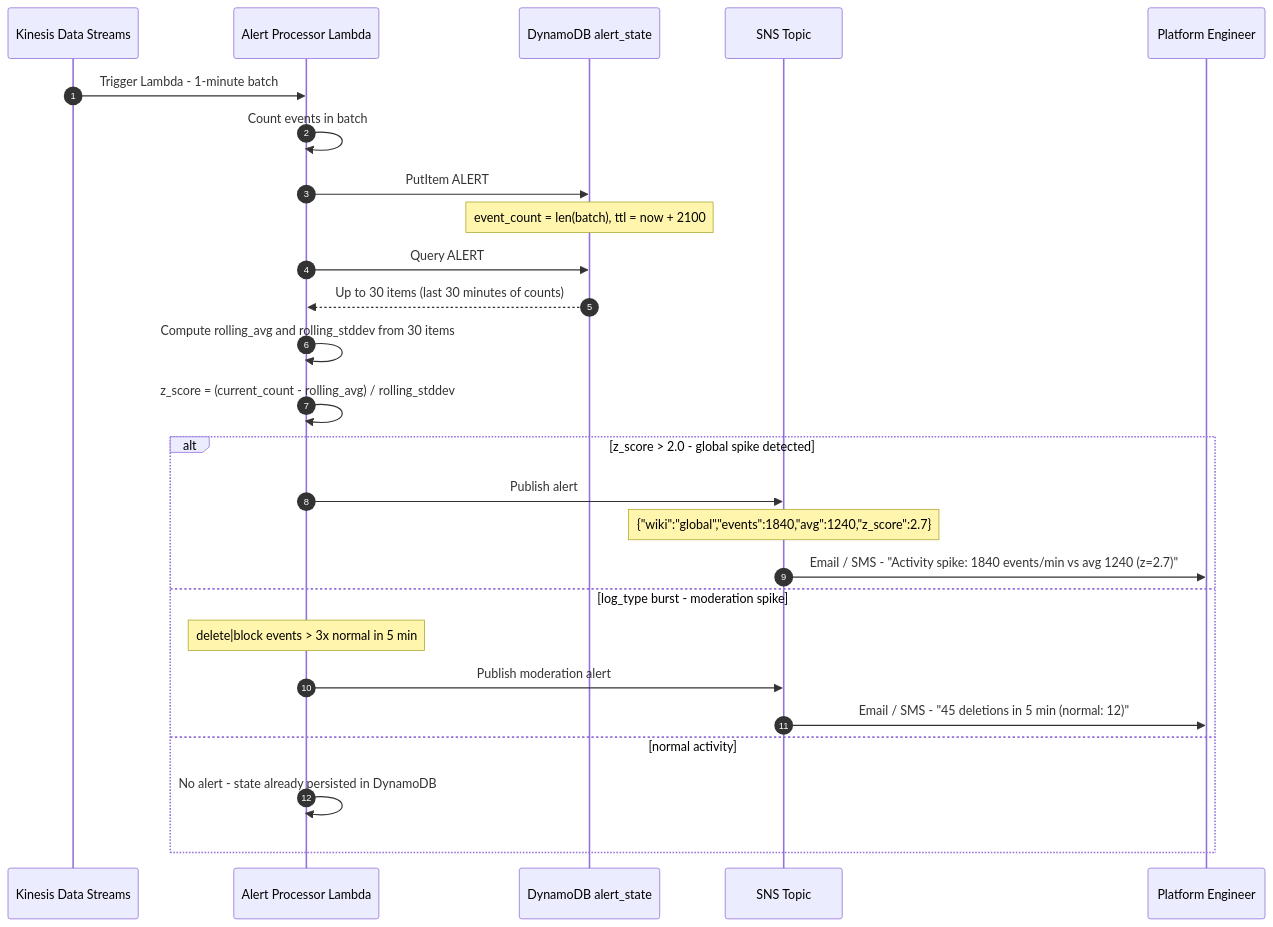
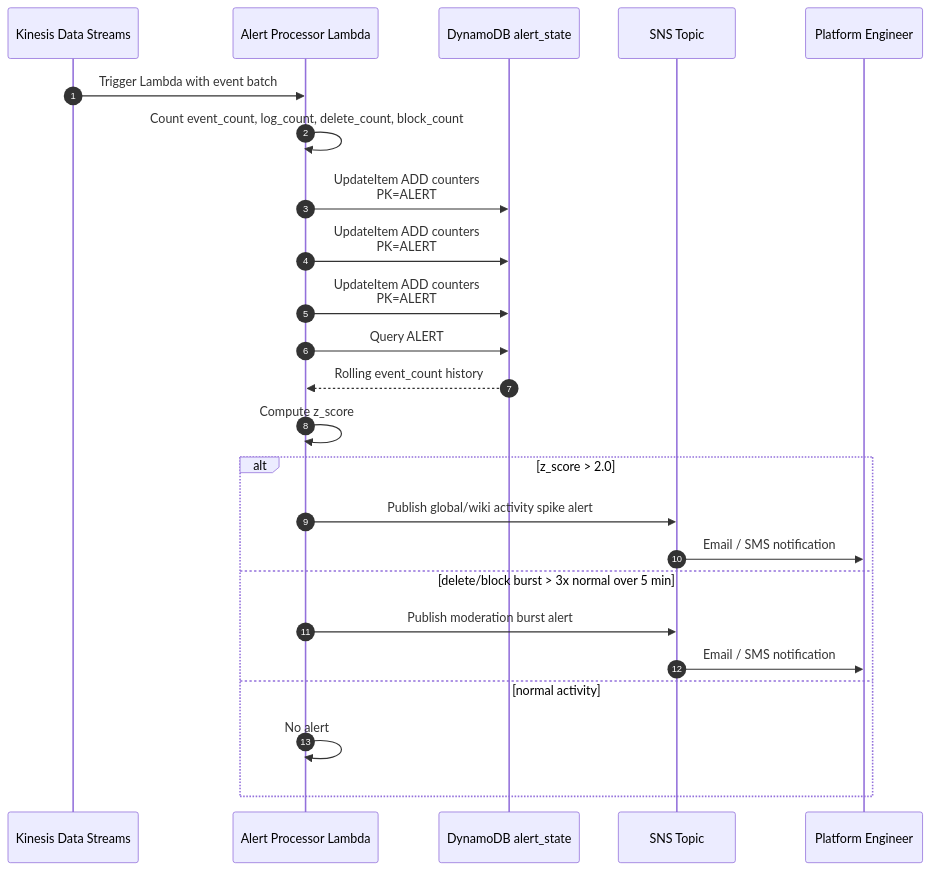
One commit to TalelKarim/realtime-media-analytics-platform changed the fourth of 6 diagrams in documentation/sequence-diagrams.md. Above: the diagram before and after it, drawn with Mermaid. The commit also changed other lines of this file and 6 other files, not shown here.

Commit message:
docs: align streaming contracts and data lake architecture

````diff
--- a/documentation/sequence-diagrams.md
+++ b/documentation/sequence-diagrams.md
@@ -158,33 +154,30 @@
 ```mermaid
 sequenceDiagram
   autonumber
   participant KDS as Kinesis Data Streams
   participant ALP as Alert Processor Lambda
   participant DDB as DynamoDB alert_state
   participant SNS as SNS Topic
   participant OPS as Platform Engineer
 
-  KDS->>ALP: Trigger Lambda - 1-minute batch
-  ALP->>ALP: Count events in batch
+  KDS->>ALP: Trigger Lambda with event batch
+  ALP->>ALP: Count event_count, log_count, delete_count, block_count
 
-  ALP->>DDB: PutItem ALERT#GLOBAL / MINUTE#{current_minute}
-  Note over DDB: event_count = len(batch), ttl = now + 2100
+  ALP->>DDB: UpdateItem ADD counters<br/>PK=ALERT#GLOBAL SK=MINUTE#{current_minute}
+  ALP->>DDB: UpdateItem ADD counters<br/>PK=ALERT#WIKI#{wiki} SK=MINUTE#{current_minute}
+  ALP->>DDB: UpdateItem ADD counters<br/>PK=ALERT#LOG_TYPE#delete/block SK=MINUTE#{current_minute}
 
-  ALP->>DDB: Query ALERT#GLOBAL SK between {now-30min} and {now}
-  DDB-->>ALP: Up to 30 items (last 30 minutes of counts)
+  ALP->>DDB: Query ALERT#GLOBAL last 30 minutes
+  DDB-->>ALP: Rolling event_count history
+  ALP->>ALP: Compute z_score
 
-  ALP->>ALP: Compute rolling_avg and rolling_stddev from 30 items
-  ALP->>ALP: z_score = (current_count - rolling_avg) / rolling_stddev
-
-  alt z_score > 2.0 - global spike detected
-    ALP->>SNS: Publish alert
-    Note over SNS: {"wiki":"global","events":1840,"avg":1240,"z_score":2.7}
-    SNS->>OPS: Email / SMS - "Activity spike: 1840 events/min vs avg 1240 (z=2.7)"
-  else log_type burst - moderation spike
-    Note over ALP: delete|block events > 3x normal in 5 min
-    ALP->>SNS: Publish moderation alert
-    SNS->>OPS: Email / SMS - "45 deletions in 5 min (normal: 12)"
+  alt z_score > 2.0
+    ALP->>SNS: Publish global/wiki activity spike alert
+    SNS->>OPS: Email / SMS notification
+  else delete/block burst > 3x normal over 5 min
+    ALP->>SNS: Publish moderation burst alert
+    SNS->>OPS: Email / SMS notification
   else normal activity
-    ALP->>ALP: No alert - state already persisted in DynamoDB
+    ALP->>ALP: No alert
   end
 ```
````
